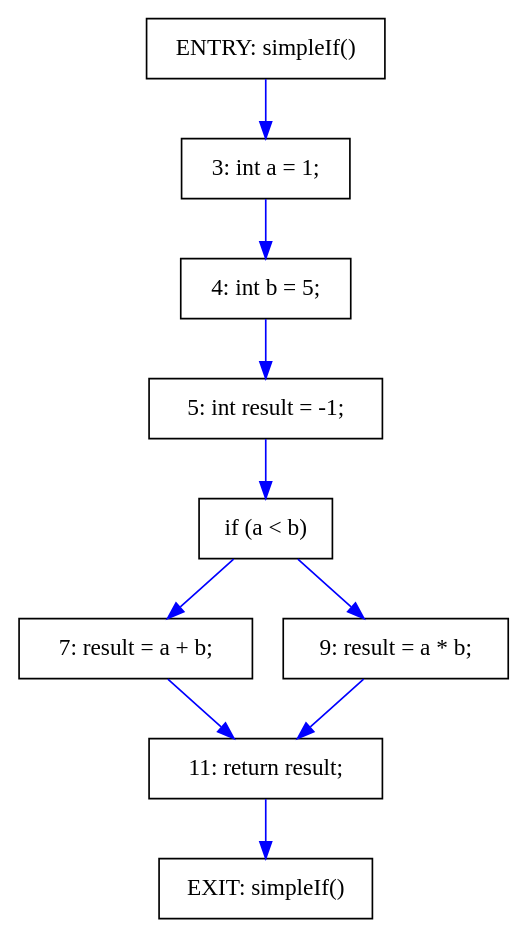
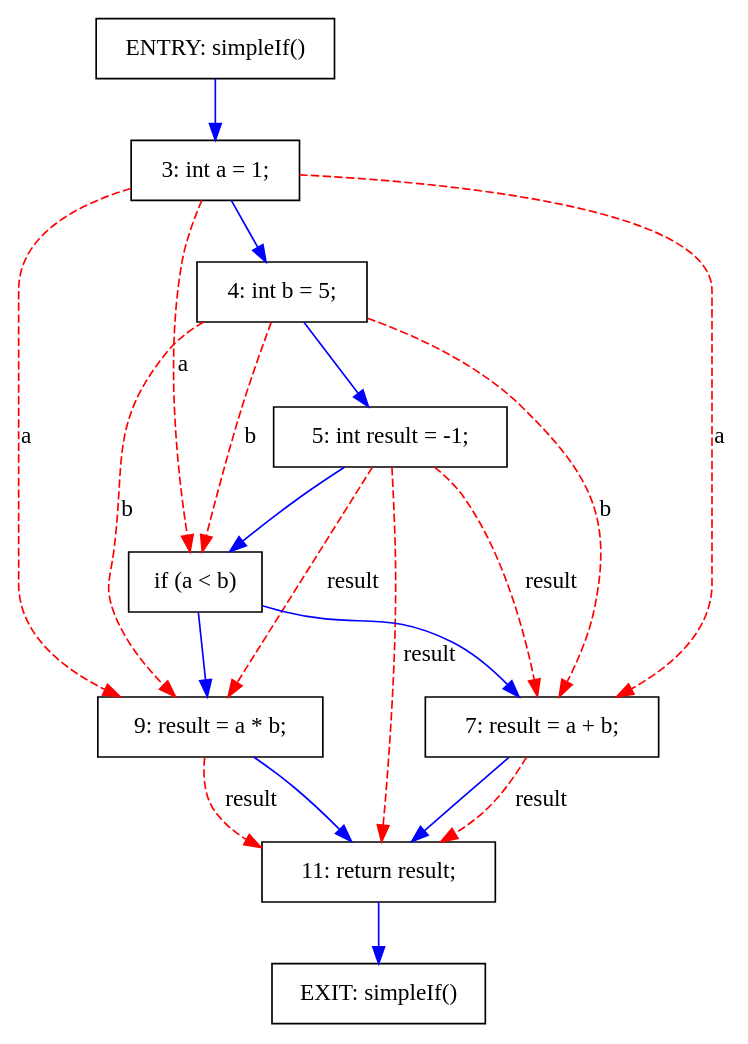
Before and after one commit to khaser/java-pdg: the diagram in results/SimpleIf.dot, drawn with Graphviz. The commit also changed 19 other files, not shown here.

```diff
--- a/results/SimpleIf.dot
+++ b/results/SimpleIf.dot
@@ -1,24 +1,35 @@
 digraph PDG {
   rankdir=TB;
   node [shape=box];
 
   node0 [label="ENTRY: simpleIf()"];
   node1 [label="EXIT: simpleIf()"];
   node2 [label="3: int a = 1;"];
   node3 [label="4: int b = 5;"];
   node4 [label="5: int result = -1;"];
   node5 [label="if (a < b)"];
   node6 [label="7: result = a + b;"];
   node7 [label="9: result = a * b;"];
   node8 [label="11: return result;"];
 
   node5 -> node6 [label="", color=blue];
   node5 -> node7 [label="", color=blue];
   node0 -> node2 [label="", color=blue];
   node2 -> node3 [label="", color=blue];
   node3 -> node4 [label="", color=blue];
   node4 -> node5 [label="", color=blue];
   node6 -> node8 [label="", color=blue];
   node7 -> node8 [label="", color=blue];
   node8 -> node1 [label="", color=blue];
+  node4 -> node6 [label="result", color=red, style=dashed];
+  node4 -> node7 [label="result", color=red, style=dashed];
+  node4 -> node8 [label="result", color=red, style=dashed];
+  node6 -> node8 [label="result", color=red, style=dashed];
+  node7 -> node8 [label="result", color=red, style=dashed];
+  node2 -> node5 [label="a", color=red, style=dashed];
+  node2 -> node6 [label="a", color=red, style=dashed];
+  node2 -> node7 [label="a", color=red, style=dashed];
+  node3 -> node5 [label="b", color=red, style=dashed];
+  node3 -> node6 [label="b", color=red, style=dashed];
+  node3 -> node7 [label="b", color=red, style=dashed];
 }
```
